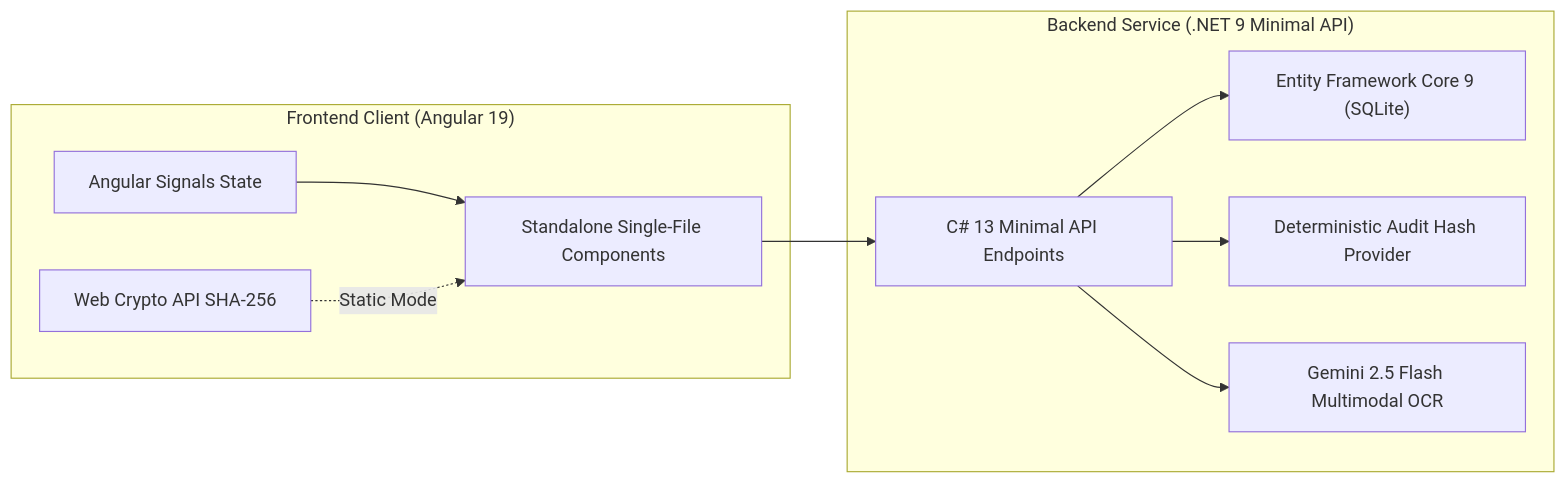
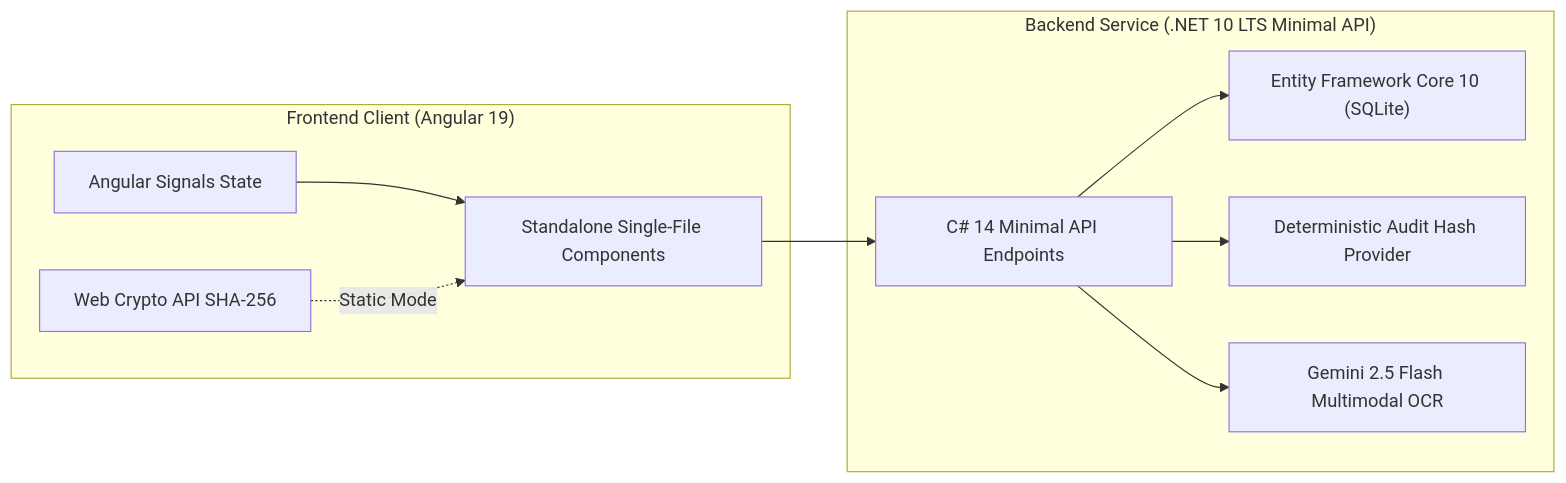
Before and after one commit to ZillerDX/ai-document-workflow: the first of 3 diagrams in README.md, drawn with Mermaid. The commit also changed other lines of this file and 4 other files, not shown here.

Commit message:
feat(core): migrate backend and test suite to .NET 10 LTS and C# 14

````diff
--- a/README.md
+++ b/README.md
@@ -80,22 +80,22 @@
 ```mermaid
 graph LR
     subgraph Frontend["Frontend Client (Angular 19)"]
         UI["Standalone Single-File Components"]
         SIG["Angular Signals State"]
         CRYPTO["Web Crypto API SHA-256"]
     end
 
-    subgraph Backend["Backend Service (.NET 9 Minimal API)"]
-        API["C# 13 Minimal API Endpoints"]
-        EF["Entity Framework Core 9 (SQLite)"]
+    subgraph Backend["Backend Service (.NET 10 LTS Minimal API)"]
+        API["C# 14 Minimal API Endpoints"]
+        EF["Entity Framework Core 10 (SQLite)"]
         LEDGER["Deterministic Audit Hash Provider"]
         AI["Gemini 2.5 Flash Multimodal OCR"]
     end
 
     UI --> API
     SIG --> UI
     CRYPTO -.->|Static Mode| UI
     API --> EF
     API --> LEDGER
     API --> AI
 ```
````
